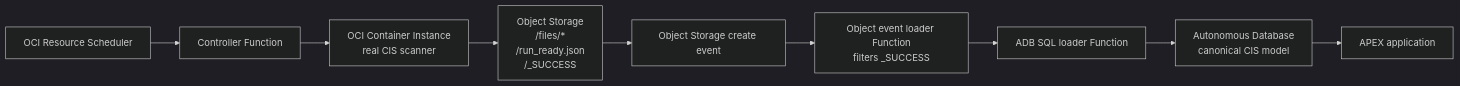
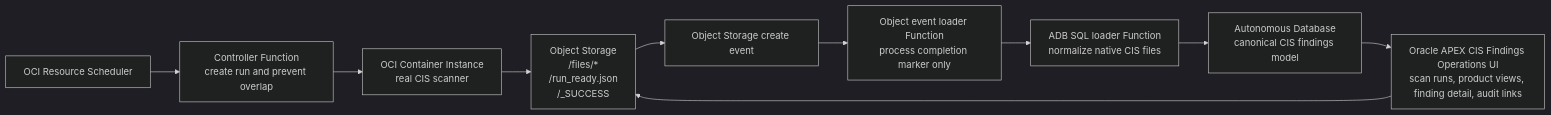
Before and after one commit to yansunca/oci-cis-compliance-automation: the diagram in README.md, drawn with Mermaid (dark theme). The commit also changed other lines of this file, not shown here.

Commit message:
Clarify APEX findings operations workflow

````diff
--- a/README.md
+++ b/README.md
@@ -7,17 +7,21 @@
 ```mermaid
 flowchart LR
-  S["OCI Resource Scheduler"] --> C["Controller Function"]
+  S["OCI Resource Scheduler"] --> C["Controller Function
+create run and prevent overlap"]
   C --> CI["OCI Container Instance
 real CIS scanner"]
   CI --> O["Object Storage
 <run_id>/files/*
 <run_id>/run_ready.json
 <run_id>/_SUCCESS"]
   O --> E["Object Storage create event"]
   E --> L["Object event loader Function
-filters _SUCCESS"]
-  L --> SQL["ADB SQL loader Function"]
+process completion marker only"]
+  L --> SQL["ADB SQL loader Function
+normalize native CIS files"]
   SQL --> A["Autonomous Database
-canonical CIS model"]
-  A --> UI["APEX application"]
+canonical CIS findings model"]
+  A --> UI["Oracle APEX CIS Findings Operations UI
+scan runs, product views, finding detail, audit links"]
+  UI --> O
 ```
````
